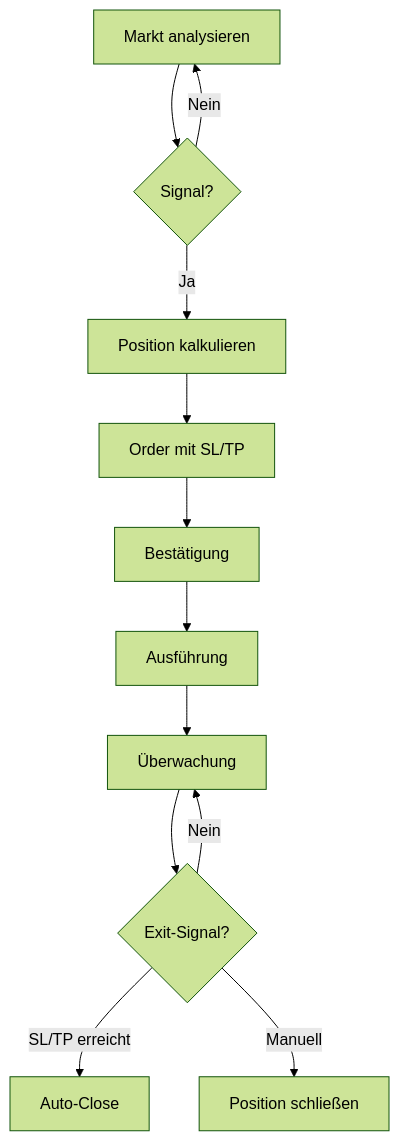
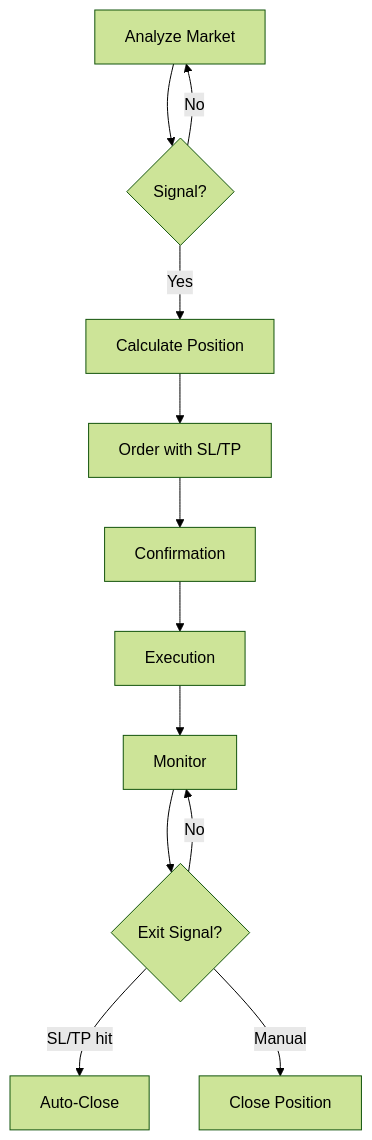
The diagram in docs/start/first-trade.md (kayzaa/k.i.t.-bot), drawn with Mermaid (forest theme) before and after one commit. The commit also changed other lines of this file and 6 other files, not shown here.

````diff
--- a/docs/start/first-trade.md
+++ b/docs/start/first-trade.md
@@ -198,14 +198,14 @@
 ```mermaid
 flowchart TD
-    A[Markt analysieren] --> B{Signal?}
-    B -->|Ja| C[Position kalkulieren]
-    B -->|Nein| A
-    C --> D[Order mit SL/TP]
-    D --> E[Bestätigung]
-    E --> F[Ausführung]
-    F --> G[Überwachung]
-    G --> H{Exit-Signal?}
-    H -->|SL/TP erreicht| I[Auto-Close]
-    H -->|Manuell| J[Position schließen]
-    H -->|Nein| G
+    A[Analyze Market] --> B{Signal?}
+    B -->|Yes| C[Calculate Position]
+    B -->|No| A
+    C --> D[Order with SL/TP]
+    D --> E[Confirmation]
+    E --> F[Execution]
+    F --> G[Monitor]
+    G --> H{Exit Signal?}
+    H -->|SL/TP hit| I[Auto-Close]
+    H -->|Manual| J[Close Position]
+    H -->|No| G
 ```
````
